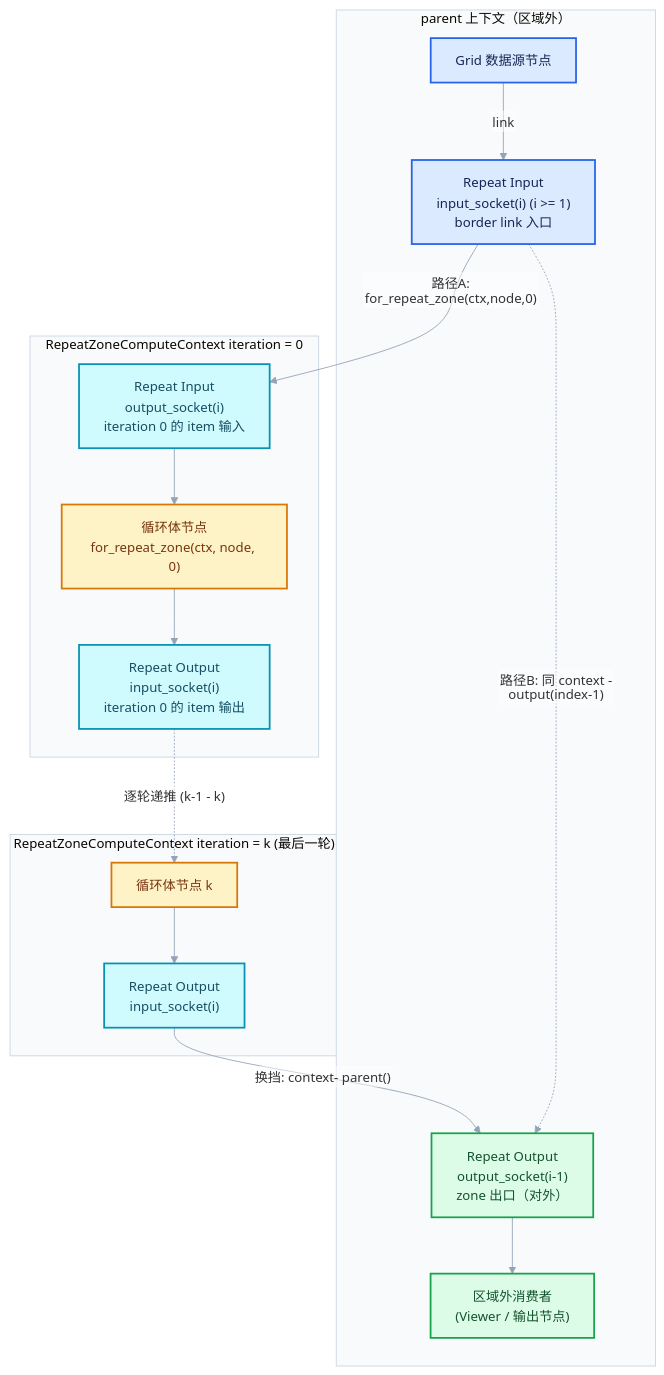
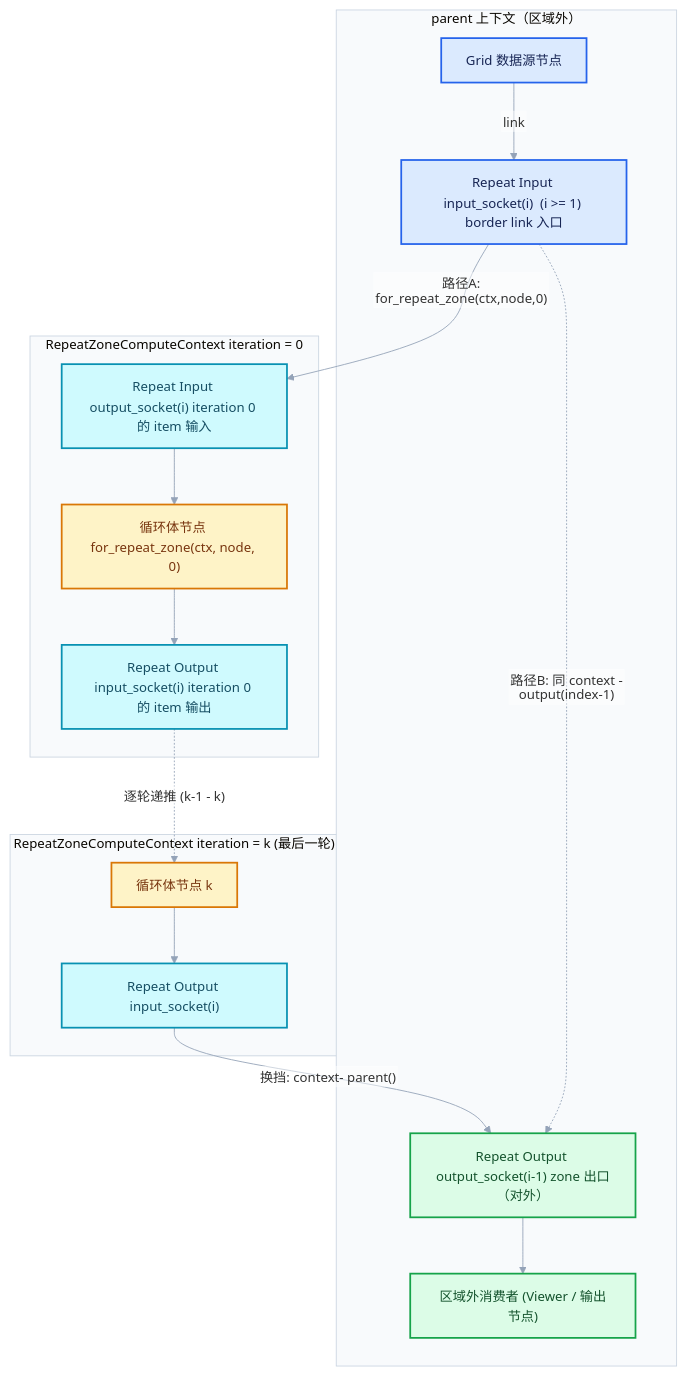
One commit to yunkezengren/blender-.vscode changed the second of 3 diagrams in 杂/markdown/重复区域-dsh/01-Zone系统基础/02-Zone输入输出与bundle迁移语义.md. Above: the diagram before and after it, drawn with Mermaid. The commit also changed other lines of this file and 27 other files, not shown here.

````diff
--- a/杂/markdown/重复区域-dsh/01-Zone系统基础/02-Zone输入输出与bundle迁移语义.md
+++ b/杂/markdown/重复区域-dsh/01-Zone系统基础/02-Zone输入输出与bundle迁移语义.md
@@ -809,33 +797,33 @@
 ```mermaid
 %%{init: {"theme":"base","themeVariables":{"fontFamily":"\"Segoe UI\",\"Microsoft YaHei\",sans-serif","fontSize":"15px","lineColor":"#94A3B8","edgeLabelBackground":"#FFFFFF","clusterBkg":"#F8FAFC","clusterBorder":"#CBD5E1"},"flowchart":{"htmlLabels":false,"curve":"basis","nodeSpacing":52,"rankSpacing":64,"padding":14,"diagramPadding":16,"useMaxWidth":true},"sequence":{"useMaxWidth":true,"wrap":true,"mirrorActors":false,"messageMargin":36}}}%%
 flowchart TB
     subgraph PARENT["parent 上下文（区域外）"]
         SRC["Grid 数据源节点"]:::input
-        RI_IN["Repeat Input<br/>input_socket(i)  (i &gt;= 1)<br/>border link 入口"]:::input
-        RO_OUT["Repeat Output<br/>output_socket(i-1)<br/>zone 出口（对外）"]:::result
-        DST["区域外消费者<br/>(Viewer / 输出节点)"]:::result
+        RI_IN["Repeat Input input_socket(i)  (i &gt;= 1) border link 入口"]:::input
+        RO_OUT["Repeat Output output_socket(i-1) zone 出口（对外）"]:::result
+        DST["区域外消费者 (Viewer / 输出节点)"]:::result
     end
     subgraph ITER0["RepeatZoneComputeContext iteration = 0"]
-        RI_OUT["Repeat Input<br/>output_socket(i)<br/>iteration 0 的 item 输入"]:::data
-        BODY0["循环体节点<br/>for_repeat_zone(ctx, node, 0)"]:::compute
-        RO_IN0["Repeat Output<br/>input_socket(i)<br/>iteration 0 的 item 输出"]:::data
+        RI_OUT["Repeat Input output_socket(i) iteration 0 的 item 输入"]:::data
+        BODY0["循环体节点 for_repeat_zone(ctx, node, 0)"]:::compute
+        RO_IN0["Repeat Output input_socket(i) iteration 0 的 item 输出"]:::data
     end
     subgraph ITERK["RepeatZoneComputeContext iteration = k (最后一轮)"]
         BODYK["循环体节点 k"]:::compute
-        RO_INK["Repeat Output<br/>input_socket(i)"]:::data
+        RO_INK["Repeat Output input_socket(i)"]:::data
     end
     SRC -->|"link"| RI_IN
     RI_IN -->|"路径A: for_repeat_zone(ctx,node,0)"| RI_OUT
     RI_OUT --> BODY0 --> RO_IN0
     RO_IN0 -.->|"逐轮递推 (k-1 -> k)"| BODYK
     BODYK --> RO_INK
     RO_INK -->|"换挡: context->parent()"| RO_OUT
     RO_OUT --> DST
     RI_IN -.->|"路径B: 同 context -> output(index-1)"| RO_OUT
     classDef input fill:#DBEAFE,stroke:#2563EB,color:#172554,stroke-width:2px;
     classDef data fill:#CFFAFE,stroke:#0891B2,color:#164E63,stroke-width:2px;
     classDef abstraction fill:#EDE9FE,stroke:#7C3AED,color:#3B0764,stroke-width:2px;
     classDef compute fill:#FEF3C7,stroke:#D97706,color:#78350F,stroke-width:2px;
     classDef result fill:#DCFCE7,stroke:#16A34A,color:#14532D,stroke-width:2px;
     classDef error fill:#FEE2E2,stroke:#DC2626,color:#7F1D1D,stroke-width:2px;
 ```
````
